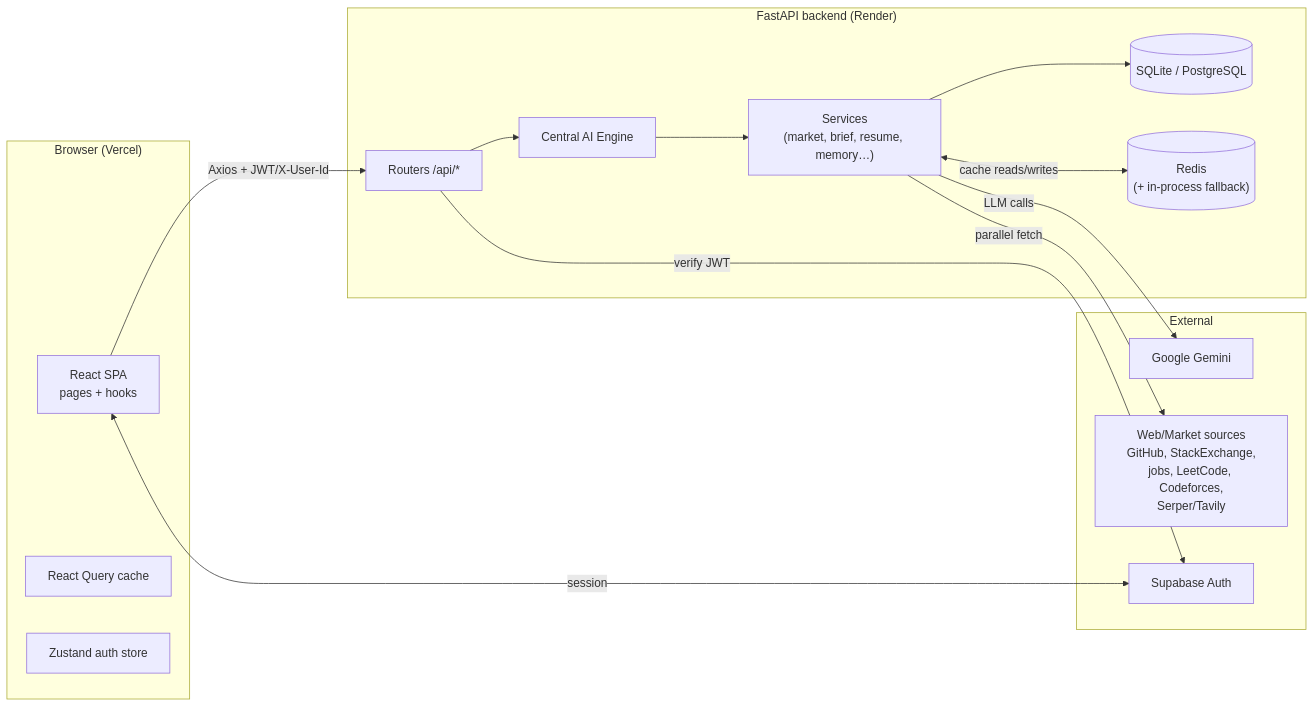
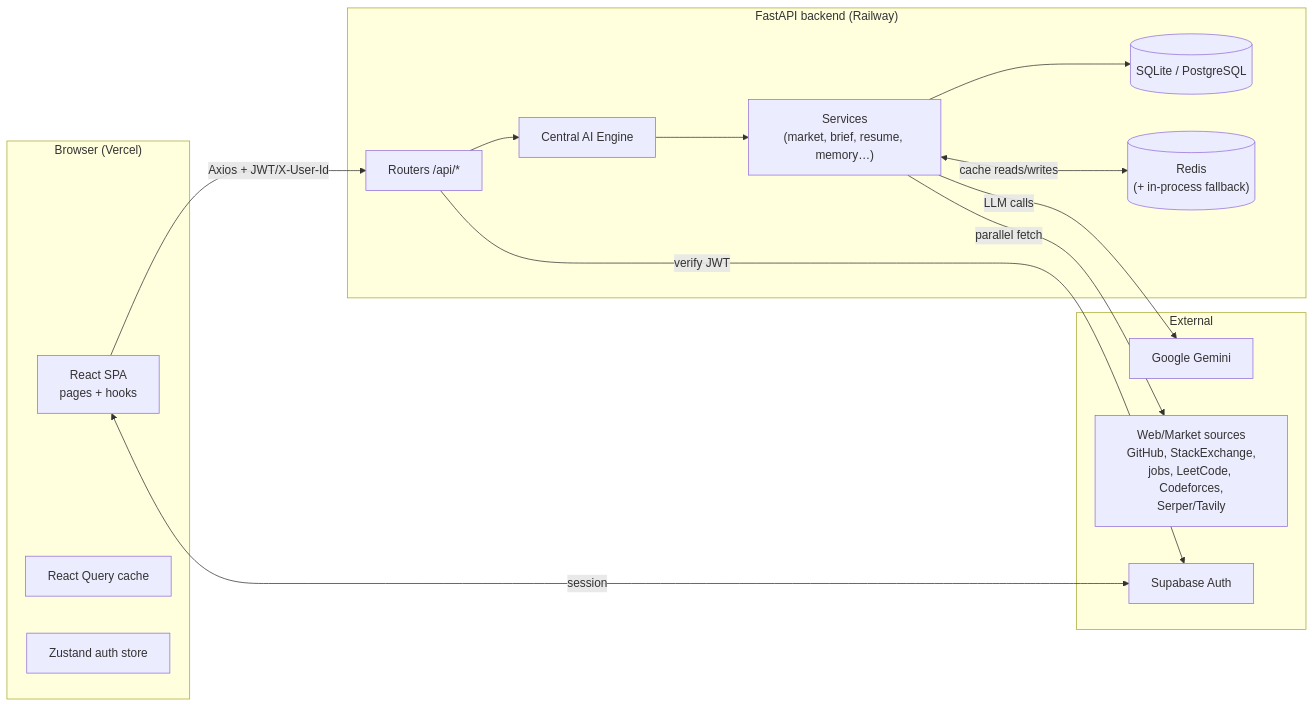
Before and after one commit to HitarthTrivedi/delta: the first of 2 diagrams in docs/ARCHITECTURE.md, drawn with Mermaid. The commit also changed other lines of this file and 6 other files, not shown here.

````diff
--- a/docs/ARCHITECTURE.md
+++ b/docs/ARCHITECTURE.md
@@ -61,31 +61,31 @@
 ```mermaid
 flowchart LR
     subgraph Client["Browser (Vercel)"]
       UI["React SPA<br/>pages + hooks"]
       RQ["React Query cache"]
       Z["Zustand auth store"]
     end
 
-    subgraph API["FastAPI backend (Render)"]
+    subgraph API["FastAPI backend (Railway)"]
       R["Routers /api/*"]
       CE["Central AI Engine"]
       SVC["Services<br/>(market, brief, resume, memory…)"]
       DB[("SQLite / PostgreSQL")]
       CACHE[("Redis<br/>(+ in-process fallback)")]
     end
 
     subgraph Ext["External"]
       SB["Supabase Auth"]
       GEM["Google Gemini"]
       WEB["Web/Market sources<br/>GitHub, StackExchange,<br/>jobs, LeetCode, Codeforces,<br/>Serper/Tavily"]
     end
 
     UI -->|Axios + JWT/X-User-Id| R
     UI <-->|session| SB
     R --> CE --> SVC
     SVC --> DB
     SVC <-->|cache reads/writes| CACHE
     SVC -->|LLM calls| GEM
     SVC -->|parallel fetch| WEB
     R -->|verify JWT| SB
 ```
````
